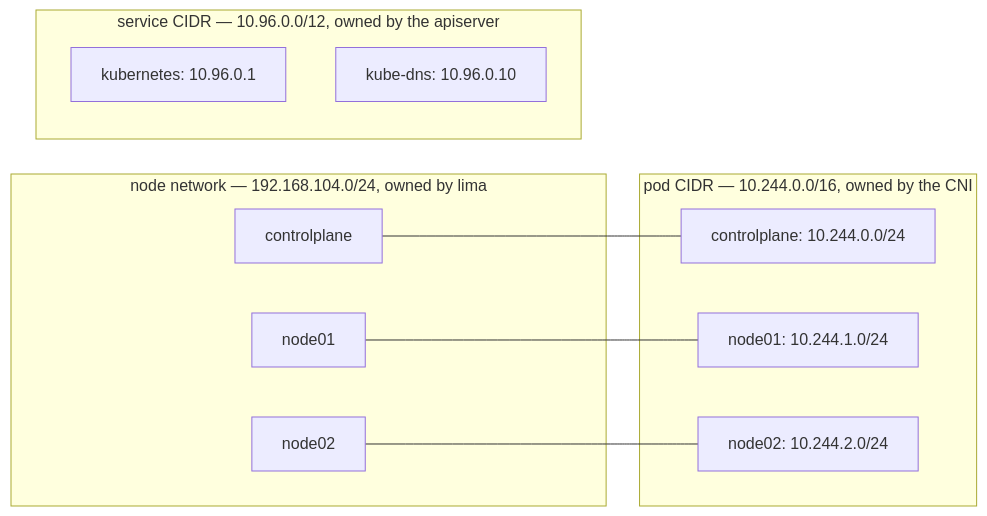
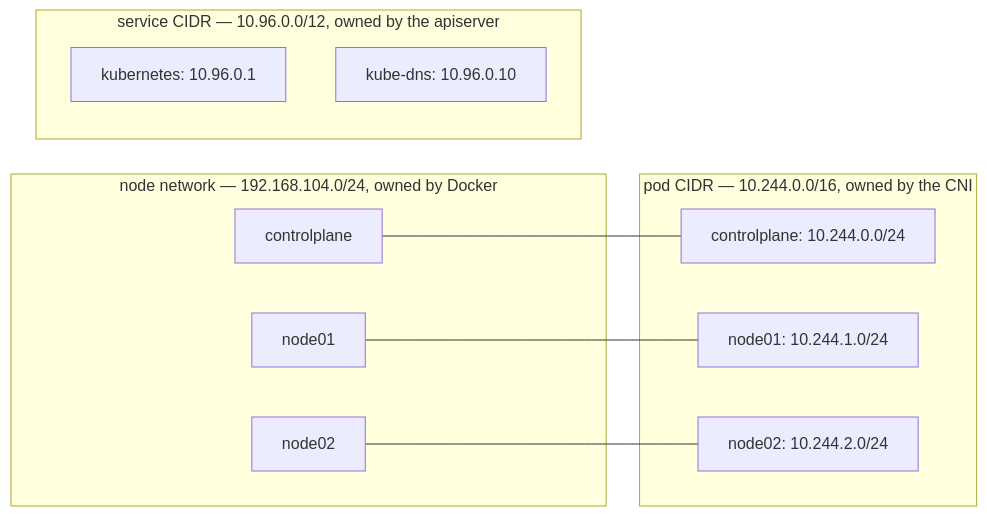
One commit to jclapdev/cka-study changed the first of 2 diagrams in references/pod-network.md. Above: the diagram before and after it, drawn with Mermaid. The commit also changed other lines of this file and 32 other files, not shown here.

````diff
--- a/references/pod-network.md
+++ b/references/pod-network.md
@@ -13,20 +13,20 @@
 ```mermaid
 flowchart LR
-  subgraph nodes["node network — 192.168.104.0/24, owned by lima"]
+  subgraph nodes["node network — 192.168.104.0/24, owned by Docker"]
     n1["controlplane"]
     n2["node01"]
     n3["node02"]
   end
   subgraph pods["pod CIDR — 10.244.0.0/16, owned by the CNI"]
     p1["controlplane: 10.244.0.0/24"]
     p2["node01: 10.244.1.0/24"]
     p3["node02: 10.244.2.0/24"]
   end
   subgraph svcs["service CIDR — 10.96.0.0/12, owned by the apiserver"]
     s1["kubernetes: 10.96.0.1"]
     s2["kube-dns: 10.96.0.10"]
   end
   n1 --- p1
   n2 --- p2
   n3 --- p3
 ```
````
